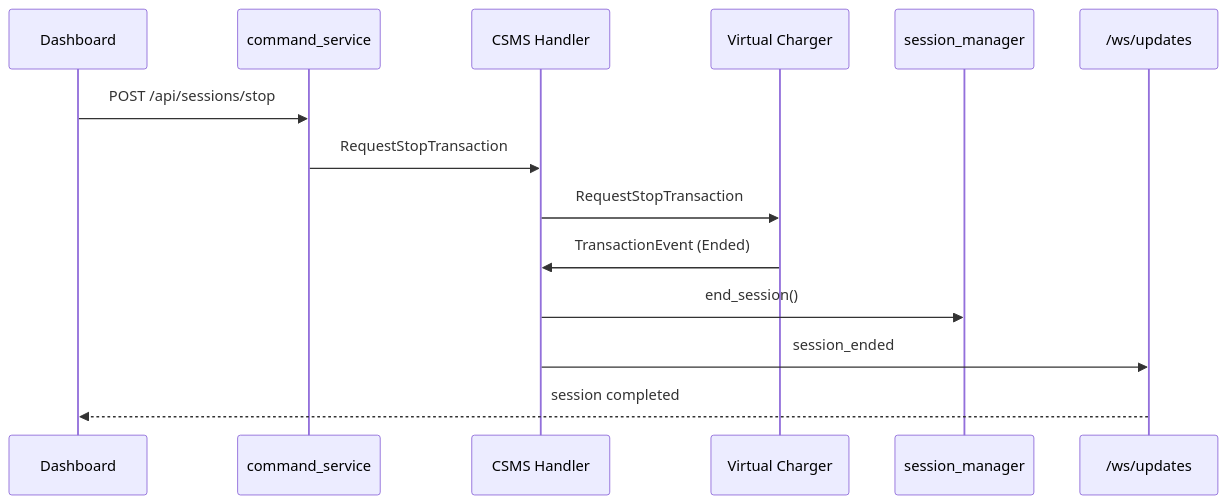
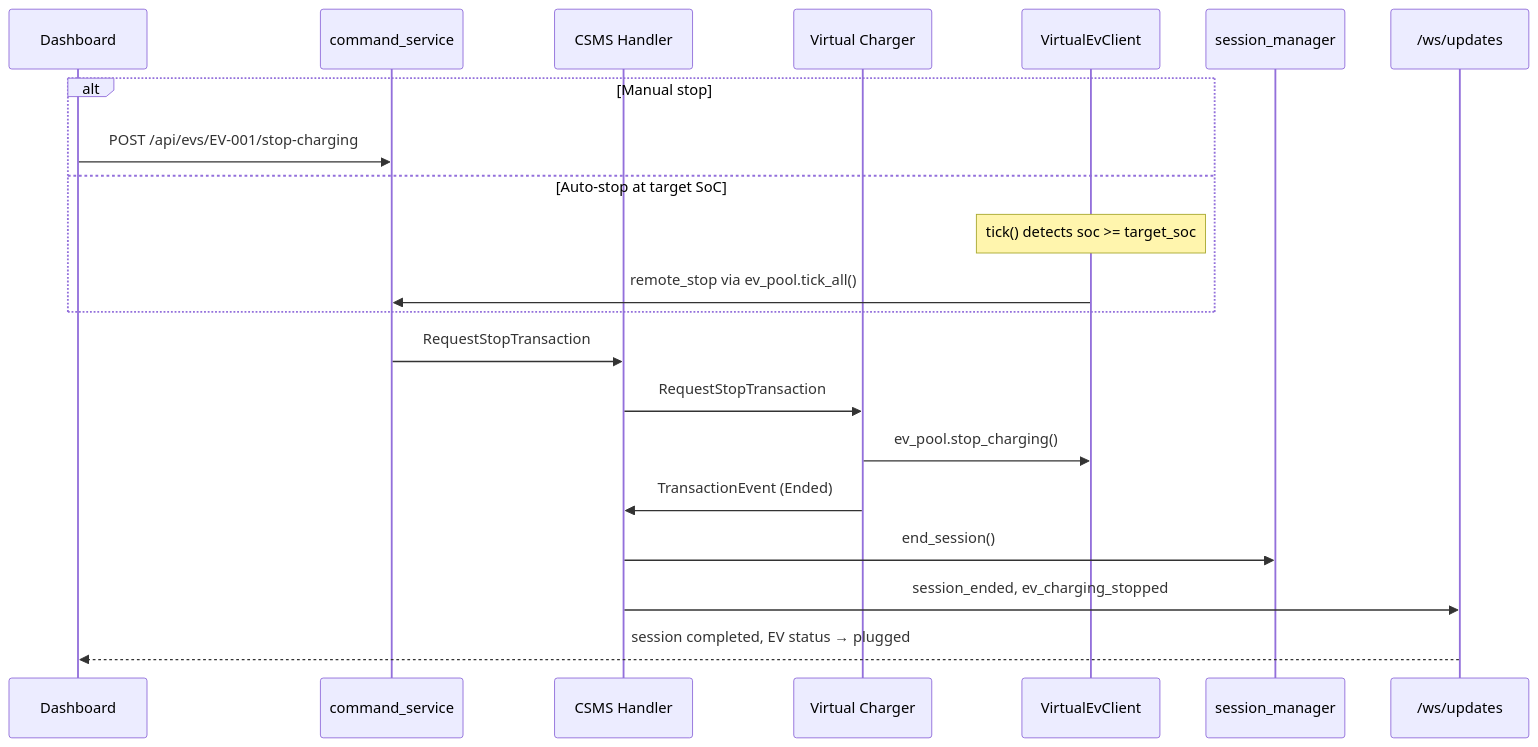
The eighth of 11 diagrams in README.md (Shriyansh2004/EV-SIM-backend), drawn with Mermaid before and after one commit. The commit also changed other lines of this file, not shown here.

````diff
--- a/README.md
+++ b/README.md
@@ -381,17 +584,24 @@
 ```mermaid
 sequenceDiagram
     participant FE as Dashboard
     participant CMD as command_service
     participant CSMS as CSMS Handler
     participant CP as Virtual Charger
+    participant EV as VirtualEvClient
     participant SM as session_manager
     participant WS as /ws/updates
 
-    FE->>CMD: POST /api/sessions/stop
+    alt Manual stop
+        FE->>CMD: POST /api/evs/EV-001/stop-charging
+    else Auto-stop at target SoC
+        Note over EV: tick() detects soc >= target_soc
+        EV->>CMD: remote_stop via ev_pool.tick_all()
+    end
     CMD->>CSMS: RequestStopTransaction
     CSMS->>CP: RequestStopTransaction
+    CP->>EV: ev_pool.stop_charging()
     CP->>CSMS: TransactionEvent (Ended)
     CSMS->>SM: end_session()
-    CSMS->>WS: session_ended
-    WS-->>FE: session completed
+    CSMS->>WS: session_ended, ev_charging_stopped
+    WS-->>FE: session completed, EV status → plugged
 ```
````
